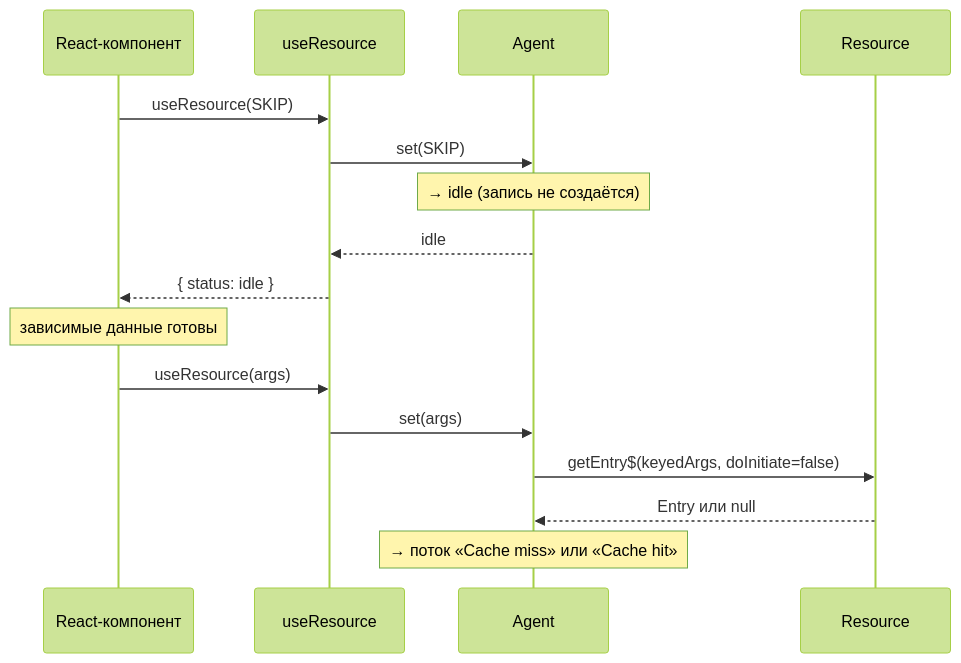
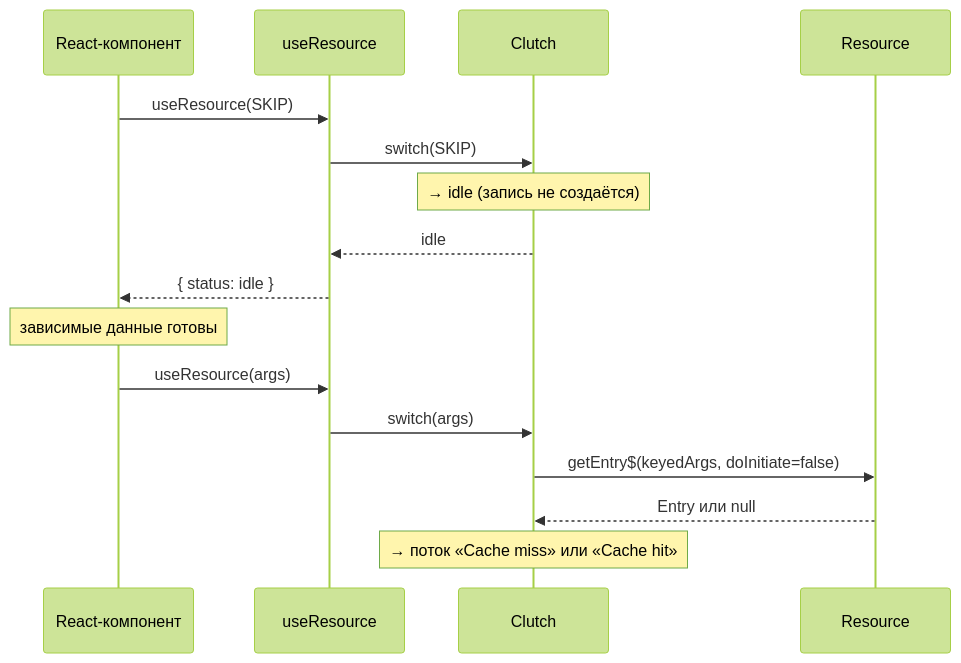
Before and after one commit to fozy-labs/rx-toolkit: the third of 10 diagrams in docs/query/concepts/dataflows.md, drawn with Mermaid (forest theme). The commit also changed other lines of this file and 105 other files, not shown here.

````diff
--- a/docs/query/concepts/dataflows.md
+++ b/docs/query/concepts/dataflows.md
@@ -130,23 +130,23 @@
 ```mermaid
 sequenceDiagram
     participant UI as React-компонент
     participant Hook as useResource
-    participant Agent as Agent
+    participant Clutch as Clutch
     participant Res as Resource
 
     UI->>Hook: useResource(SKIP)
-    Hook->>Agent: set(SKIP)
-    Note over Agent: → idle (запись не создаётся)
-    Agent-->>Hook: idle
+    Hook->>Clutch: switch(SKIP)
+    Note over Clutch: → idle (запись не создаётся)
+    Clutch-->>Hook: idle
     Hook-->>UI: { status: idle }
 
     Note over UI: зависимые данные готовы
 
     UI->>Hook: useResource(args)
-    Hook->>Agent: set(args)
-    Agent->>Res: getEntry$(keyedArgs, doInitiate=false)
+    Hook->>Clutch: switch(args)
+    Clutch->>Res: getEntry$(keyedArgs, doInitiate=false)
 
-    Res-->>Agent: Entry или null
+    Res-->>Clutch: Entry или null
 
-    Note over Agent: → поток «Cache miss» или «Cache hit»
+    Note over Clutch: → поток «Cache miss» или «Cache hit»
 ```
````
